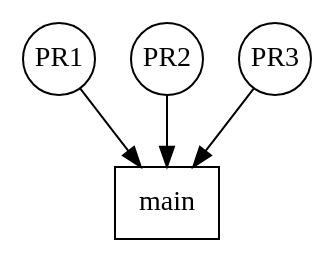
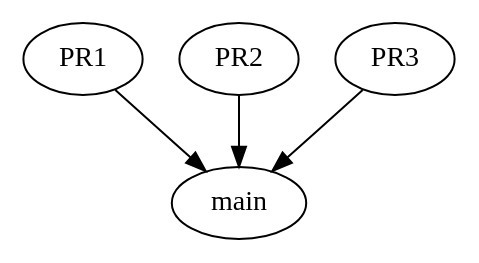
One commit to Mergifyio/docs changed the first of 3 diagrams in src/content/docs/merge-queue/stacks.mdx. Above: the diagram before and after it, drawn with Graphviz. The commit also changed other lines of this file and 20 other files, not shown here.

First line of the commit message:
feat(diagrams): size by type, caption in HTML, one meaning per role

````diff
--- a/src/content/docs/merge-queue/stacks.mdx
+++ b/src/content/docs/merge-queue/stacks.mdx
@@ -134,14 +134,12 @@
-```dot class="queue" style="max-width: 320px"
+```dot class="queue" title="Every pull request in a stack is queued against main, not against its parent branch"
 digraph {
-  node [shape=circle, width=0.5, height=0.5, fixedsize=true];
-
   PR1 [class="queued"];
   PR2 [class="queued"];
   PR3 [class="queued"];
-  main [label="main", shape=box, fixedsize=false, class="external"];
+  main [label="main", class="external"];
 
   PR1 -> main;
   PR2 -> main;
   PR3 -> main;
 }
 ```
````
